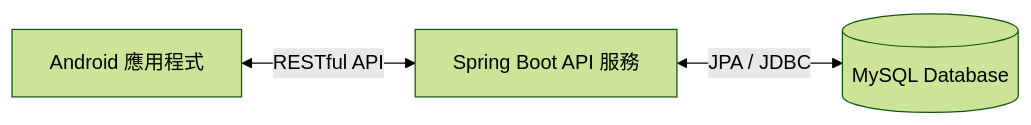
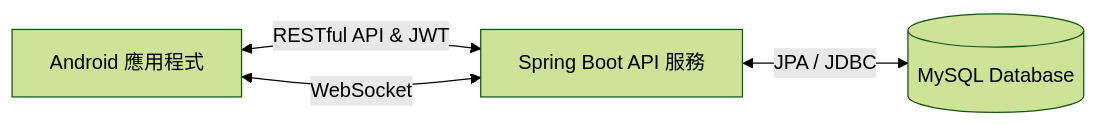
Before and after one commit to Kskaixang/JavaToAndroid: the diagram in README.md, drawn with Mermaid (forest theme). The commit also changed other lines of this file and 14 other files, not shown here.

````diff
--- a/README.md
+++ b/README.md
@@ -19,5 +42,6 @@
 ```mermaid
 graph LR
-    Android[Android 應用程式] <-->|RESTful API| Spring[Spring Boot API 服務]
+    Android[Android 應用程式] <-->|RESTful API & JWT| Spring[Spring Boot API 服務]
+    Android <-->|WebSocket| Spring
     Spring <-->|JPA / JDBC| MySQL[(MySQL Database)]
 ```
````
